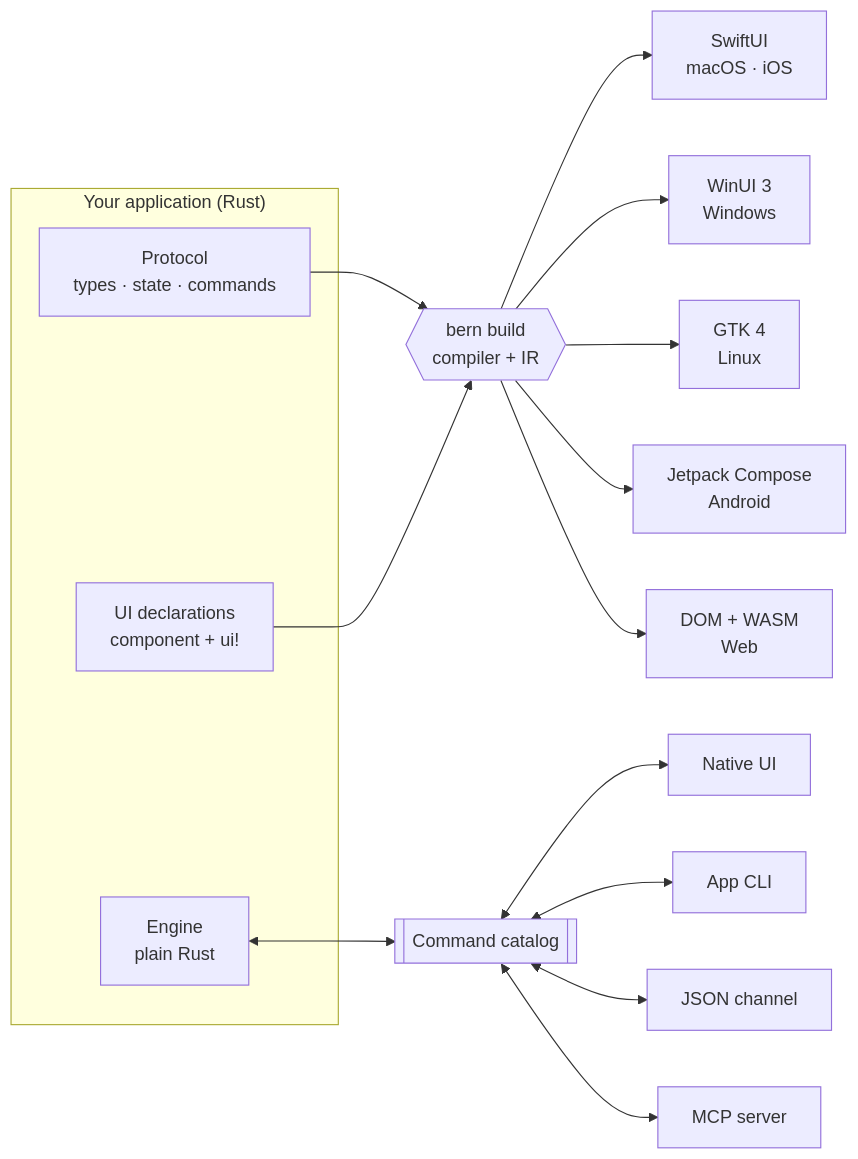
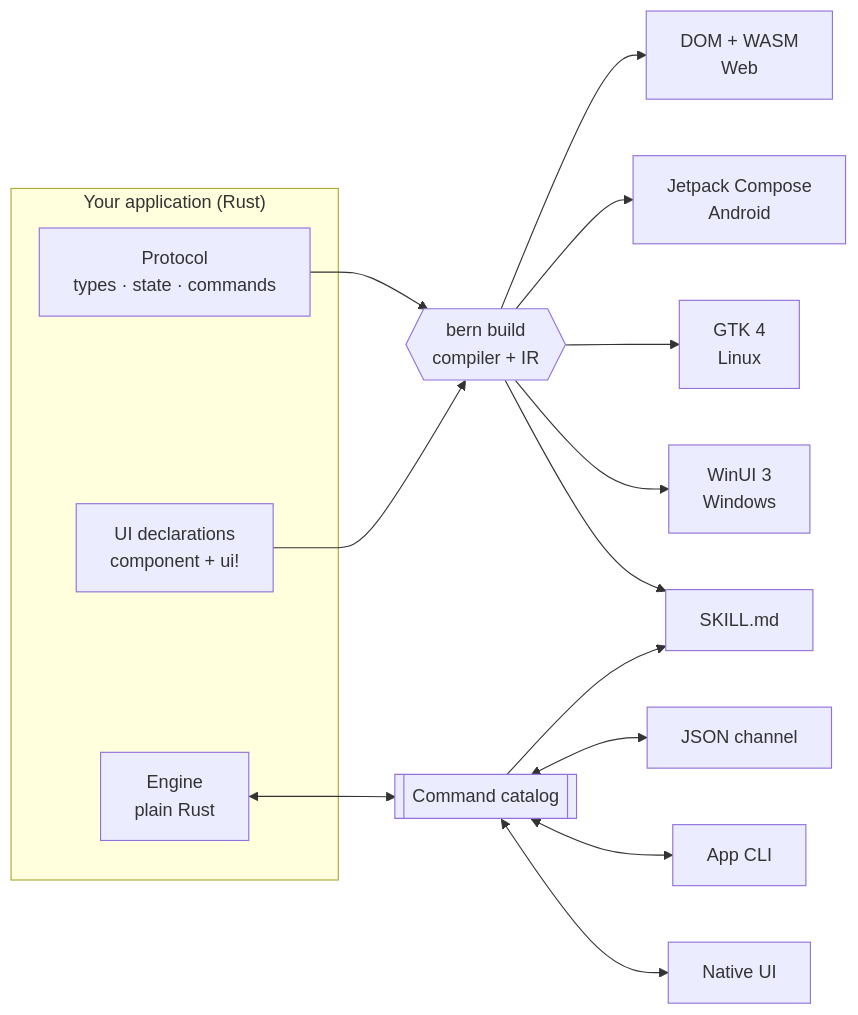
Before and after one commit to AimesSoft/Bern: the diagram in README.md, drawn with Mermaid. The commit also changed other lines of this file and 139 other files, not shown here.

First line of the commit message:
移除内置 MCP 服务，保留应用 CLI 与自动生成的 Skill (#118)

````diff
--- a/README.md
+++ b/README.md
@@ -192,20 +192,20 @@
 ```mermaid
 flowchart LR
     subgraph app["Your application (Rust)"]
         P["Protocol<br/>types · state · commands"]
         U["UI declarations<br/>component + ui!"]
         E["Engine<br/>plain Rust"]
     end
     P --> C{{"bern build<br/>compiler + IR"}}
     U --> C
     C --> S["SwiftUI<br/>macOS · iOS"]
     C --> W["WinUI 3<br/>Windows"]
     C --> G["GTK 4<br/>Linux"]
     C --> A["Jetpack Compose<br/>Android"]
     C --> B["DOM + WASM<br/>Web"]
     E <--> K[["Command catalog"]]
     K <--> N["Native UI"]
     K <--> L["App CLI"]
     K <--> J["JSON channel"]
-    K <--> M["MCP server"]
+    K --> S["SKILL.md"]
 ```
````
